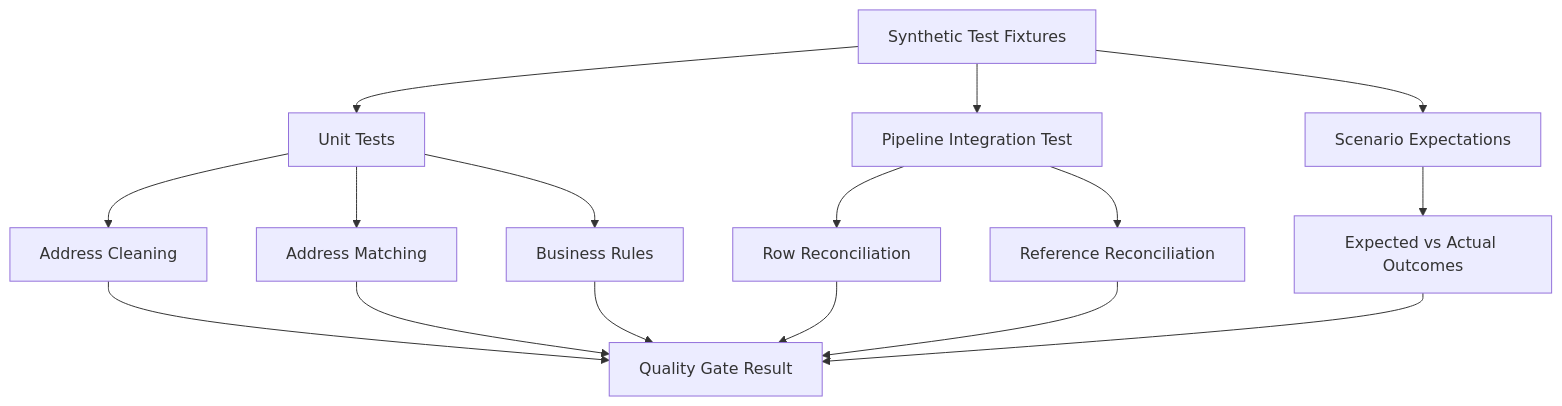
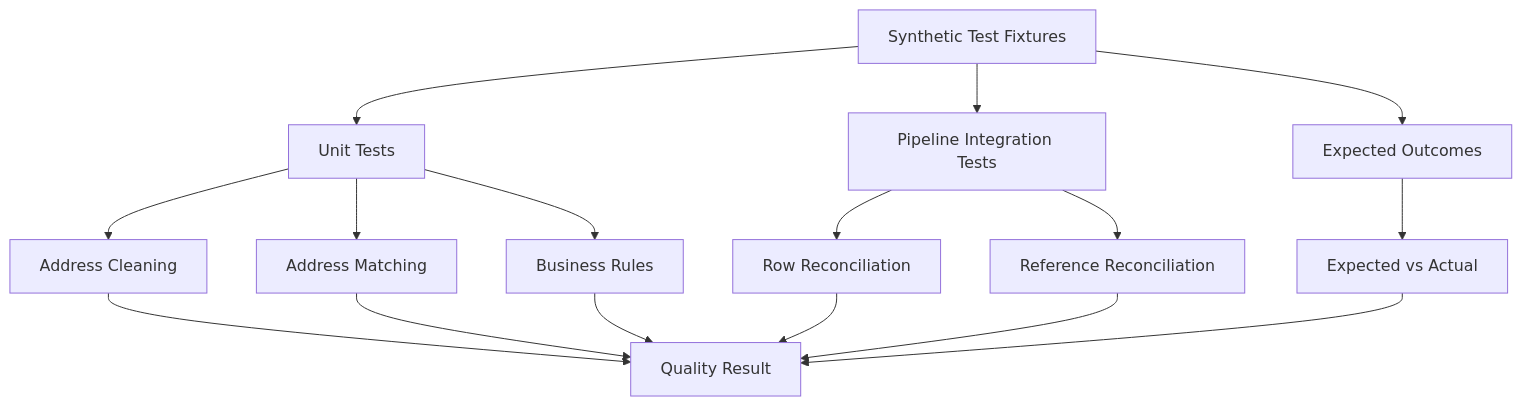
Before and after one commit to cjr3195/databricks-data-reconciliation-pipeline: the eighth of 11 diagrams in README.md, drawn with Mermaid. The commit also changed other lines of this file, not shown here.

````diff
--- a/README.md
+++ b/README.md
@@ -193,22 +339,24 @@
 ```mermaid
 flowchart TD
-    A["Synthetic Test Fixtures"] --> B["Unit Tests"]
-    A --> C["Pipeline Integration Test"]
-    A --> D["Scenario Expectations"]
+    A["Synthetic Test Fixtures"]
+
+    A --> B["Unit Tests"]
+    A --> C["Pipeline Integration Tests"]
+    A --> D["Expected Outcomes"]
 
     B --> E["Address Cleaning"]
     B --> F["Address Matching"]
     B --> G["Business Rules"]
 
     C --> H["Row Reconciliation"]
     C --> I["Reference Reconciliation"]
 
-    D --> J["Expected vs Actual Outcomes"]
+    D --> J["Expected vs Actual"]
 
-    E --> K["Quality Gate Result"]
-    F --> K
-    G --> K
-    H --> K
-    I --> K
-    J --> K
+    E --> Q["Quality Result"]
+    F --> Q
+    G --> Q
+    H --> Q
+    I --> Q
+    J --> Q
 ```
````
